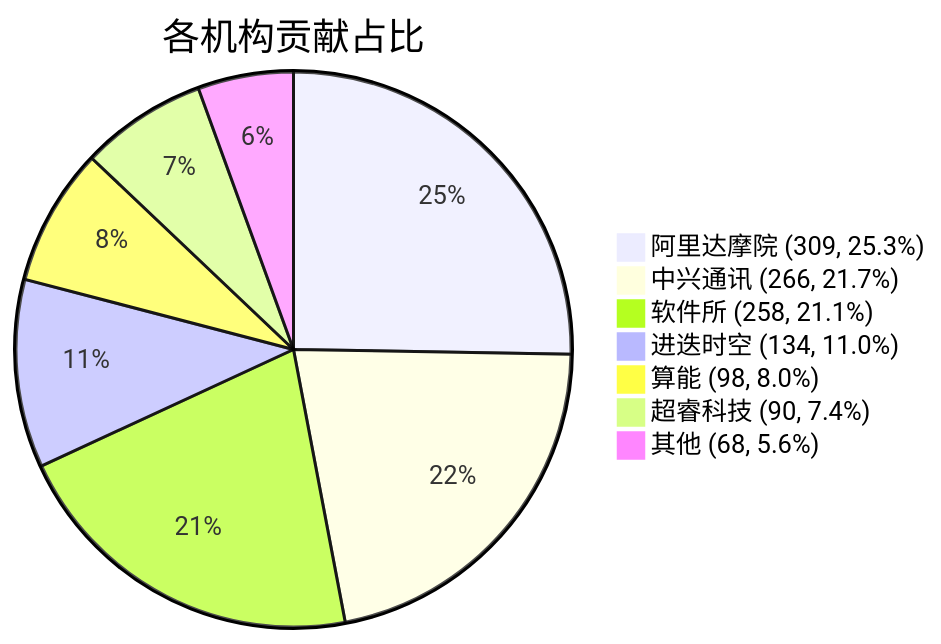
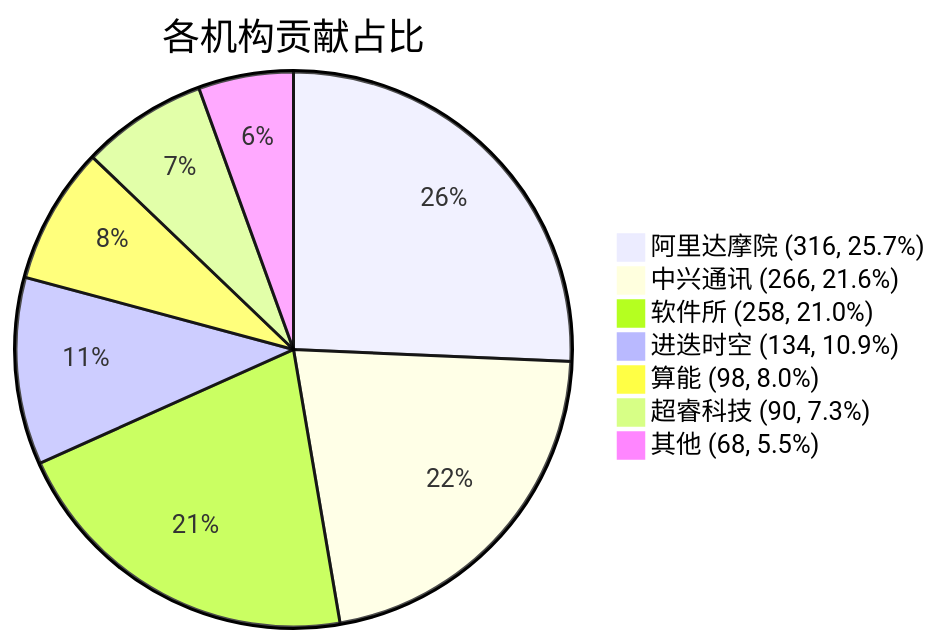
The diagram in docs/index.md (RVCK-Project/rvck), drawn with Mermaid before and after one commit. The commit also changed other lines of this file and 20 other files, not shown here.

````diff
--- a/docs/index.md
+++ b/docs/index.md
@@ -39,10 +39,10 @@
 ```mermaid
 pie title 各机构贡献占比
-    "阿里达摩院 (309, 25.3%)" : 309
-    "中兴通讯 (266, 21.7%)" : 266
-    "软件所 (258, 21.1%)" : 258
-    "进迭时空 (134, 11.0%)" : 134
+    "阿里达摩院 (316, 25.7%)" : 316
+    "中兴通讯 (266, 21.6%)" : 266
+    "软件所 (258, 21.0%)" : 258
+    "进迭时空 (134, 10.9%)" : 134
     "算能 (98, 8.0%)" : 98
-    "超睿科技 (90, 7.4%)" : 90
-    "其他 (68, 5.6%)" : 68
+    "超睿科技 (90, 7.3%)" : 90
+    "其他 (68, 5.5%)" : 68
 ```
````
